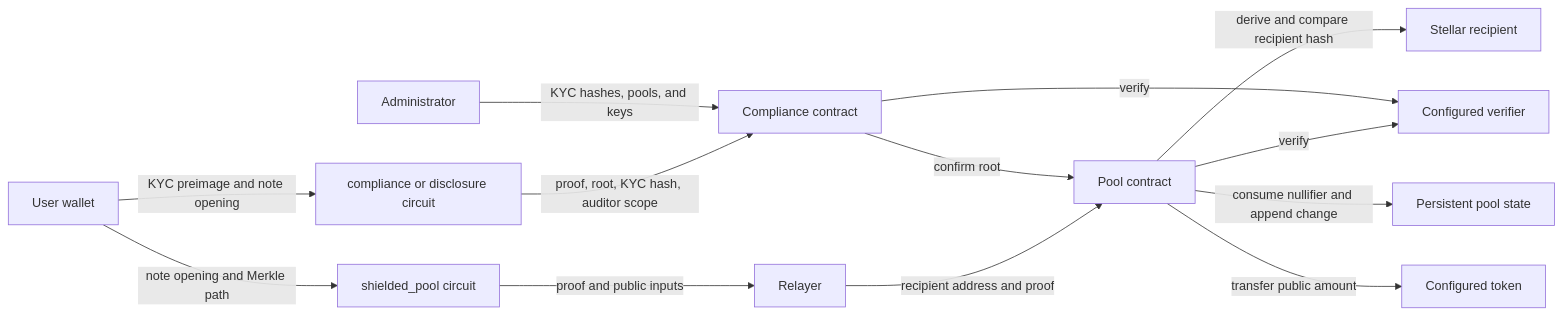
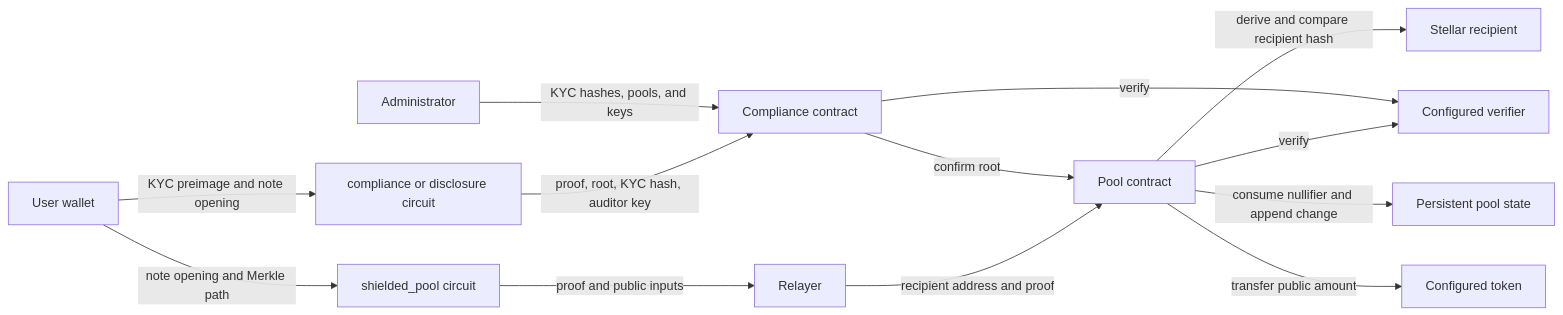
One commit to DahNoble/Dshield changed the diagram in docs/THREAT_MODEL.md. Above: the diagram before and after it, drawn with Mermaid. The commit also changed other lines of this file and 2 other files, not shown here.

````diff
--- a/docs/THREAT_MODEL.md
+++ b/docs/THREAT_MODEL.md
@@ -20,15 +20,15 @@
 ```mermaid
 flowchart LR
     User[User wallet] -->|note opening and Merkle path| Spend[shielded_pool circuit]
     User -->|KYC preimage and note opening| Disclosure[compliance or disclosure circuit]
     Spend -->|proof and public inputs| Relayer[Relayer]
     Relayer -->|recipient address and proof| Pool[Pool contract]
     Pool -->|verify| Verifier[Configured verifier]
     Pool -->|derive and compare recipient hash| Recipient[Stellar recipient]
     Pool -->|consume nullifier and append change| State[Persistent pool state]
     Pool -->|transfer public amount| Token[Configured token]
-    Disclosure -->|proof, root, KYC hash, auditor scope| Registry[Compliance contract]
+    Disclosure -->|proof, root, KYC hash, auditor key| Registry[Compliance contract]
     Registry -->|confirm root| Pool
     Registry -->|verify| Verifier
     Admin[Administrator] -->|KYC hashes, pools, and keys| Registry
 ```
````
